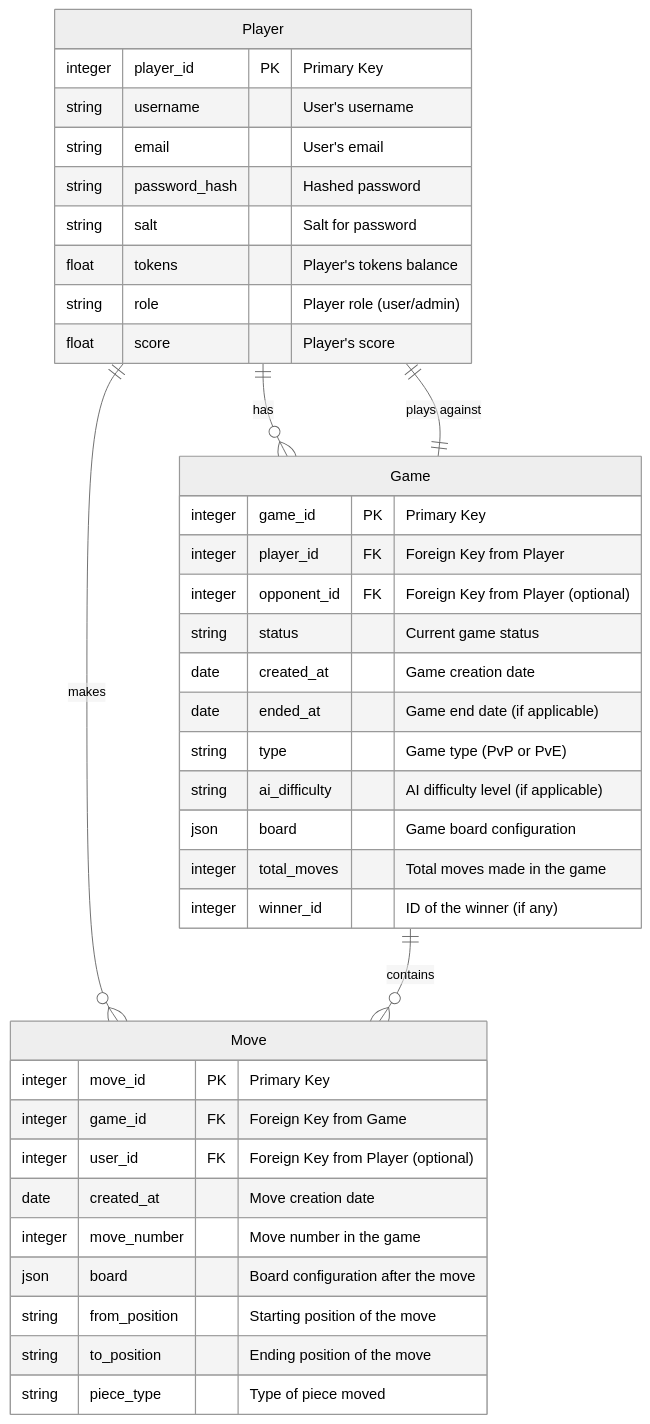
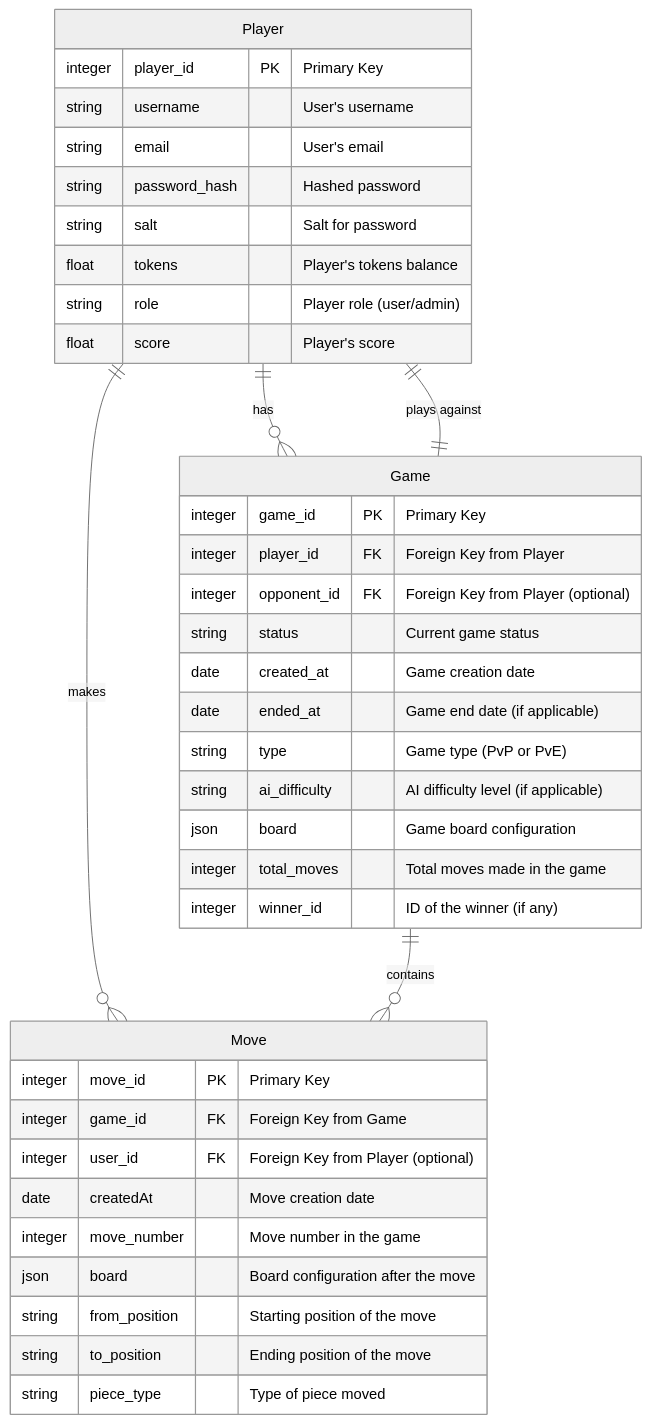
One commit to AndreaMarini01/progetto_PA changed the second of 2 diagrams in README.md. Above: the diagram before and after it, drawn with Mermaid (neutral theme). The commit also changed other lines of this file, not shown here.

````diff
--- a/README.md
+++ b/README.md
@@ -173,45 +172,45 @@
 ```mermaid
 erDiagram
     Player {
         integer player_id PK "Primary Key"
         string username "User's username"
         string email "User's email"
         string password_hash "Hashed password"
         string salt "Salt for password"
         float tokens "Player's tokens balance"
         string role "Player role (user/admin)"
         float score "Player's score"
     }
 
     Game {
         integer game_id PK "Primary Key"
         integer player_id FK "Foreign Key from Player"
         integer opponent_id FK "Foreign Key from Player (optional)"
         string status "Current game status"
         date created_at "Game creation date"
         date ended_at "Game end date (if applicable)"
         string type "Game type (PvP or PvE)"
         string ai_difficulty "AI difficulty level (if applicable)"
         json board "Game board configuration"
         integer total_moves "Total moves made in the game"
         integer winner_id "ID of the winner (if any)"
     }
 
     Move {
         integer move_id PK "Primary Key"
         integer game_id FK "Foreign Key from Game"
         integer user_id FK "Foreign Key from Player (optional)"
-        date created_at "Move creation date"
+        date createdAt "Move creation date"
         integer move_number "Move number in the game"
         json board "Board configuration after the move"
         string from_position "Starting position of the move"
         string to_position "Ending position of the move"
         string piece_type "Type of piece moved"
     }
 
     Player ||--o{ Game : "has"
     Player ||--o{ Move : "makes"
     Game ||--o{ Move : "contains"
     Game ||--|| Player : "plays against"
 
 ```
````
